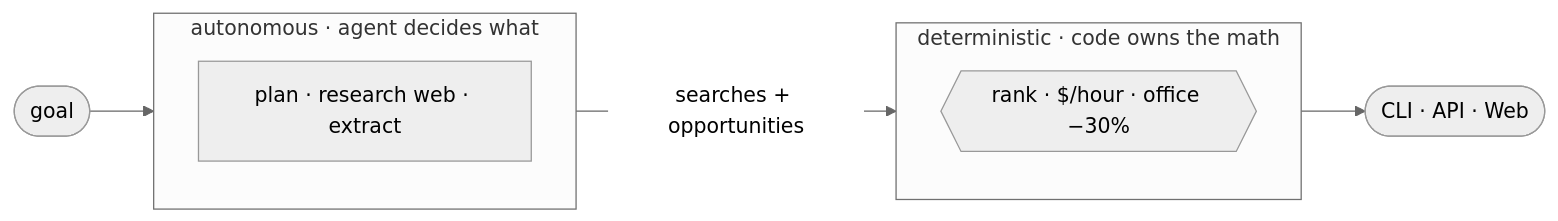
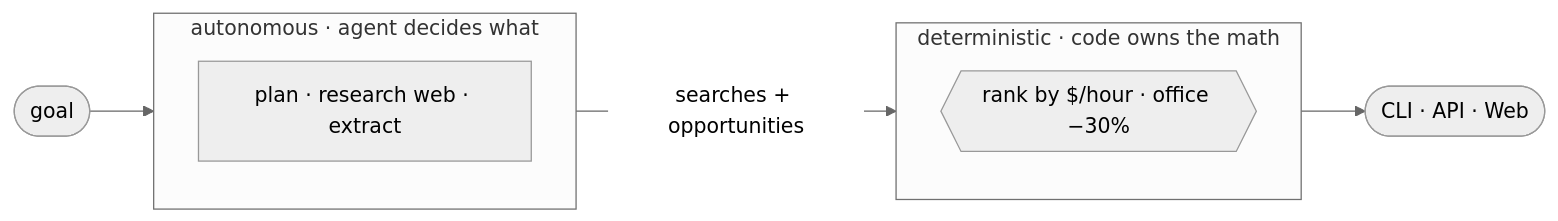
The second of 2 diagrams in README.md (pdj555/job-engine), drawn with Mermaid (neutral theme) before and after one commit. The commit also changed other lines of this file and 1 other file, not shown here.

````diff
--- a/README.md
+++ b/README.md
@@ -65,16 +65,16 @@
 ```mermaid
 flowchart LR
   G([goal]) --> A
 
   subgraph A[autonomous · agent decides what]
     H[plan · research web · extract]
   end
 
   A -->|searches + opportunities| D
 
   subgraph D[deterministic · code owns the math]
-    R{{rank · $/hour · office −30%}}
+    R{{rank by $/hour · office −30%}}
   end
 
   D --> O([CLI · API · Web])
 ```
````
